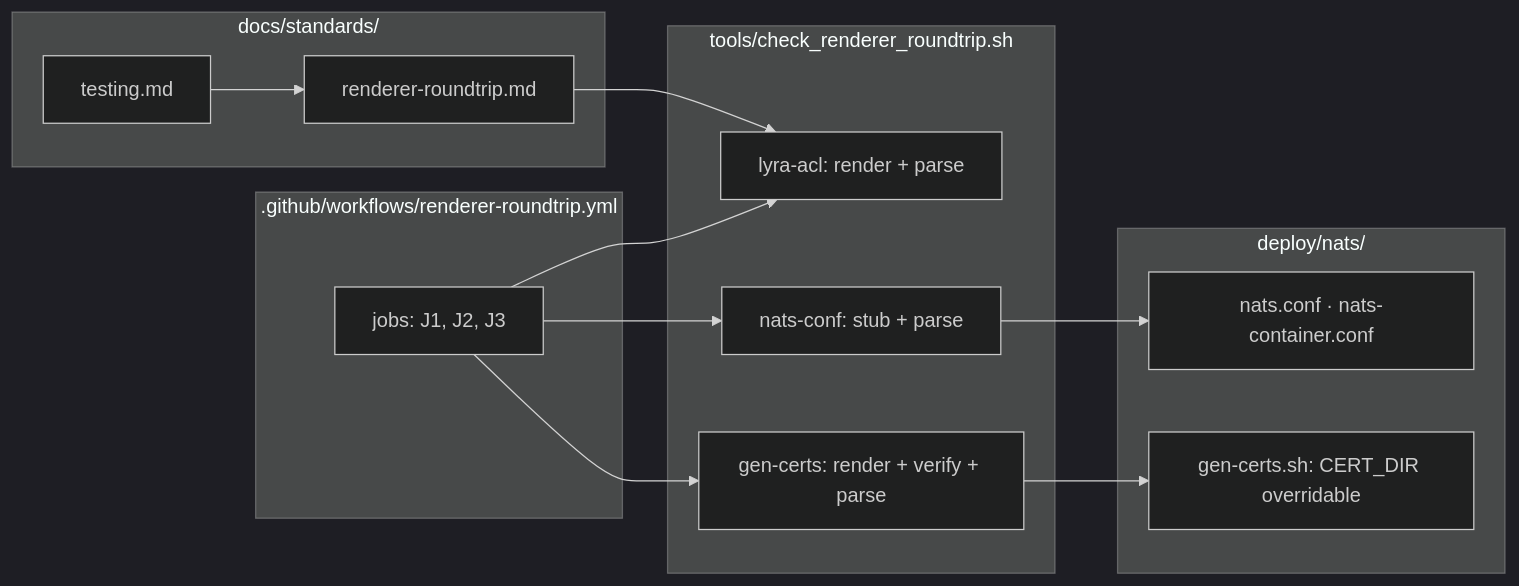
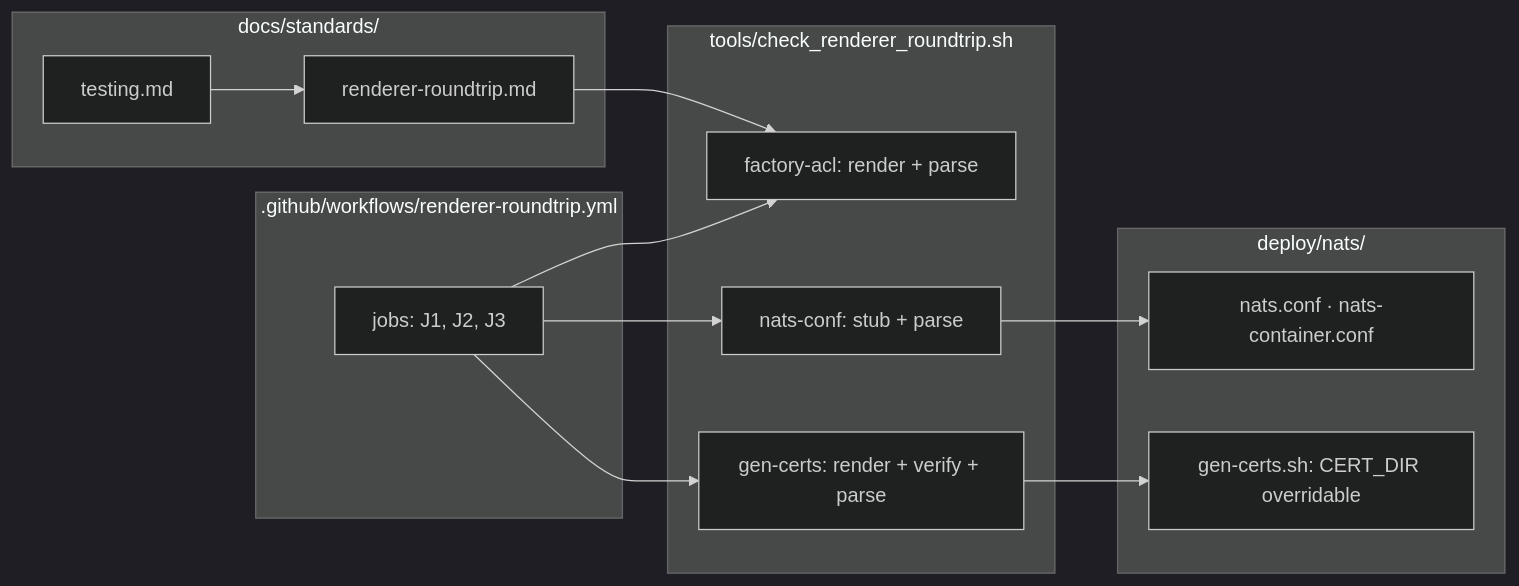
Before and after one commit to Roxabi/lyra: the second of 2 diagrams in artifacts/plans/1091-renderer-roundtrip-tests-plan.mdx, drawn with Mermaid (dark theme). The commit also changed other lines of this file and 1256 other files, not shown here.

First line of the commit message:
refactor: rename lyra→factory (package/CLI, env vars, container identity)

````diff
--- a/artifacts/plans/1091-renderer-roundtrip-tests-plan.mdx
+++ b/artifacts/plans/1091-renderer-roundtrip-tests-plan.mdx
@@ -51,25 +51,25 @@
 ```mermaid
 flowchart LR
     subgraph workflow [".github/workflows/renderer-roundtrip.yml"]
         WF[jobs: J1, J2, J3]
     end
     subgraph helper ["tools/check_renderer_roundtrip.sh"]
-        H_lyra[lyra-acl: render + parse]
+        H_lyra[factory-acl: render + parse]
         H_natsconf[nats-conf: stub + parse]
         H_certs[gen-certs: render + verify + parse]
     end
     subgraph deploy ["deploy/nats/"]
         GC[gen-certs.sh: CERT_DIR overridable]
         NC[nats.conf · nats-container.conf]
     end
     subgraph docs ["docs/standards/"]
         DR[renderer-roundtrip.md]
         TM[testing.md]
     end
 
     WF --> H_lyra & H_natsconf & H_certs
     H_certs --> GC
     H_natsconf --> NC
     DR --> H_lyra
     TM --> DR
 ```
````
